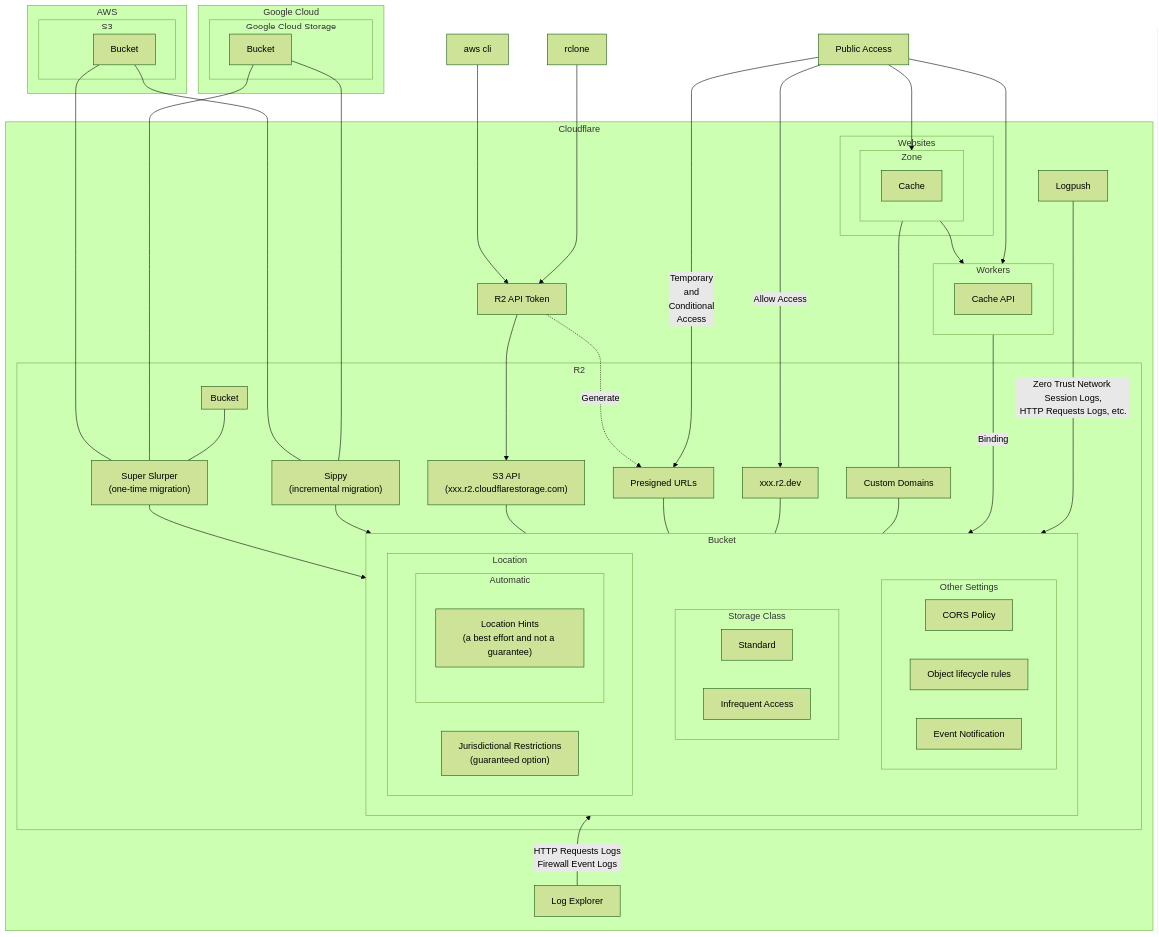
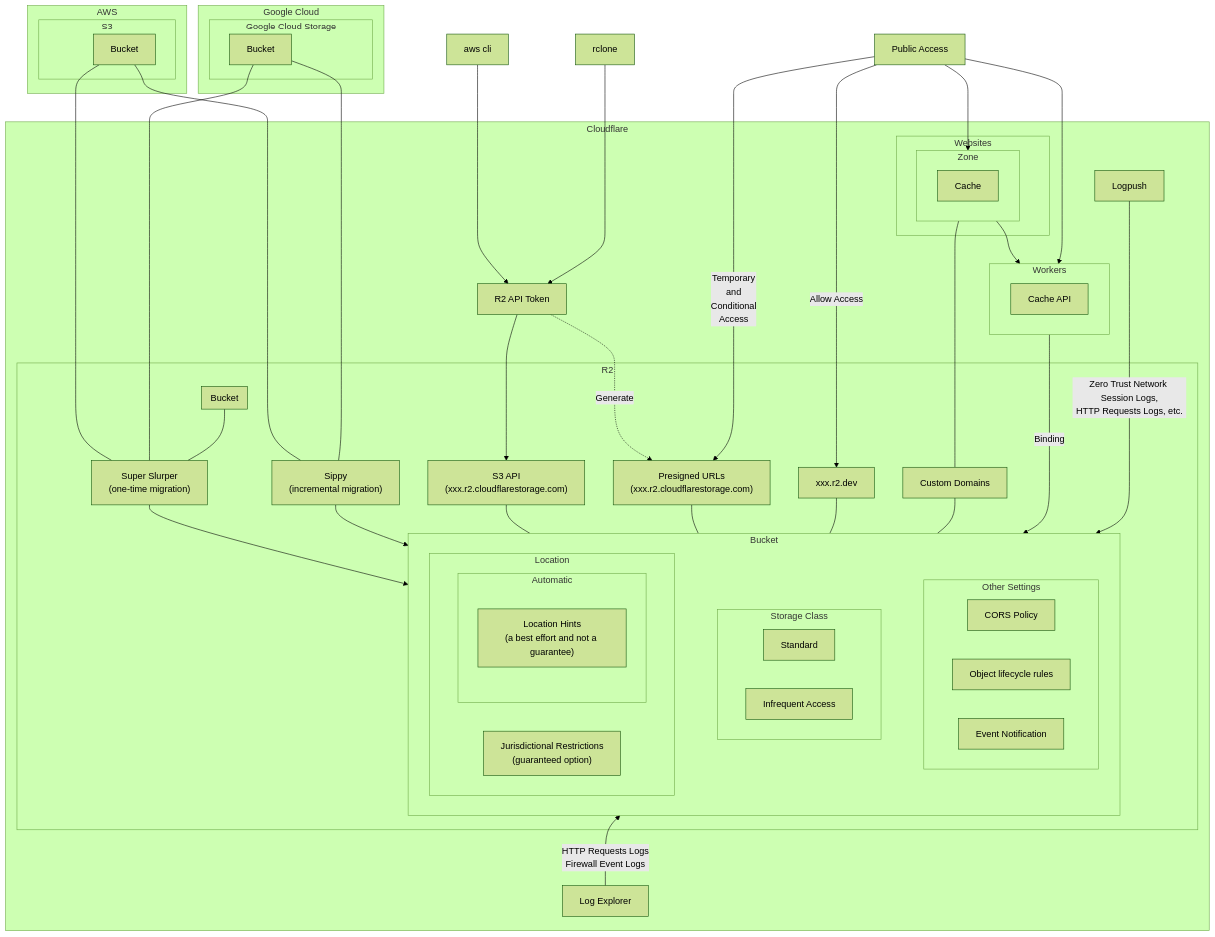
One commit to kyouheicf/cloudflare-mermaid-diagrams changed the diagram in r2-feature-and-integration.md. Above: the diagram before and after it, drawn with Mermaid (forest theme).

````diff
--- a/r2-feature-and-integration.md
+++ b/r2-feature-and-integration.md
@@ -1,80 +1,79 @@
 ```mermaid
 graph TB
 
 subgraph Cloudflare
 subgraph Workers
 CacheAPI[Cache API]
 end
 subgraph Websites
 subgraph Domain[Zone]
 Cache
 end
 end
 Logpush
 LE[Log Explorer]
 Token[R2 API Token]
 subgraph R2
 subgraph R2Bucket [Bucket]
 direction LR
 subgraph Location
 direction LR
 subgraph Automatic
 Hint["Location Hints<br>(a best effort and not a guarantee)"]
 end
 Jurisdiction["Jurisdictional Restrictions<br>(guaranteed option)"]
 end
 subgraph storageClass [Storage Class]
 direction LR
 Standard
 Infrequent["Infrequent Access"]
 end
 subgraph Settings[Other Settings]
 direction LR
 CORS[CORS Policy]
 Lifecycle[Object lifecycle rules]
 Event[Event Notification]
 end
 Location ~~~ storageClass ~~~ Settings
 end
 subgraph R2Bucket2 [Bucket]
 end
 Sippy["Sippy<br>(incremental migration)"]
 Slurper["Super Slurper<br>(one-time migration)"]
 R2DEV[xxx.r2.dev]
 Custom[Custom Domains]
-presigned[Presigned URLs]
+presigned["Presigned URLs<br>(xxx.r2.cloudflarestorage.com)"]
 S3API["S3 API<br>(xxx.r2.cloudflarestorage.com)"]
 end
 end
 
 subgraph AWS
 subgraph S3
 S3Bucket1[Bucket]
 end
 end
 
 subgraph GCP [Google Cloud]
 subgraph GCS [Google Cloud Storage]
 GCSBucket1[Bucket]
 end
 end
 
 S3Bucket1 ------ Slurper & Sippy --> R2Bucket
 GCSBucket1 ------ Slurper & Sippy
 R2Bucket2 --- Slurper
 
 R2Bucket ~~~ LE --> |HTTP Requests Logs<br>Firewall Event Logs|R2Bucket
 LE ~~~ R2Bucket
 
 cli[aws cli] & rclone ---> Token --> S3API --- R2Bucket
 Token -..-> |Generate|presigned
 Public --> |Temporary<br>and<br>Conditional<br>Access|presigned --- R2Bucket
 
 Public --> |Allow Access|R2DEV --- R2Bucket
 Public[Public Access] --> Domain ----- Custom --- R2Bucket
 Domain --> Workers
 Public --> Workers ----> |Binding|R2Bucket
 
 Logpush -----> |Zero Trust Network Session Logs,<br>HTTP Requests Logs, etc.|R2Bucket
-
 ```
````
